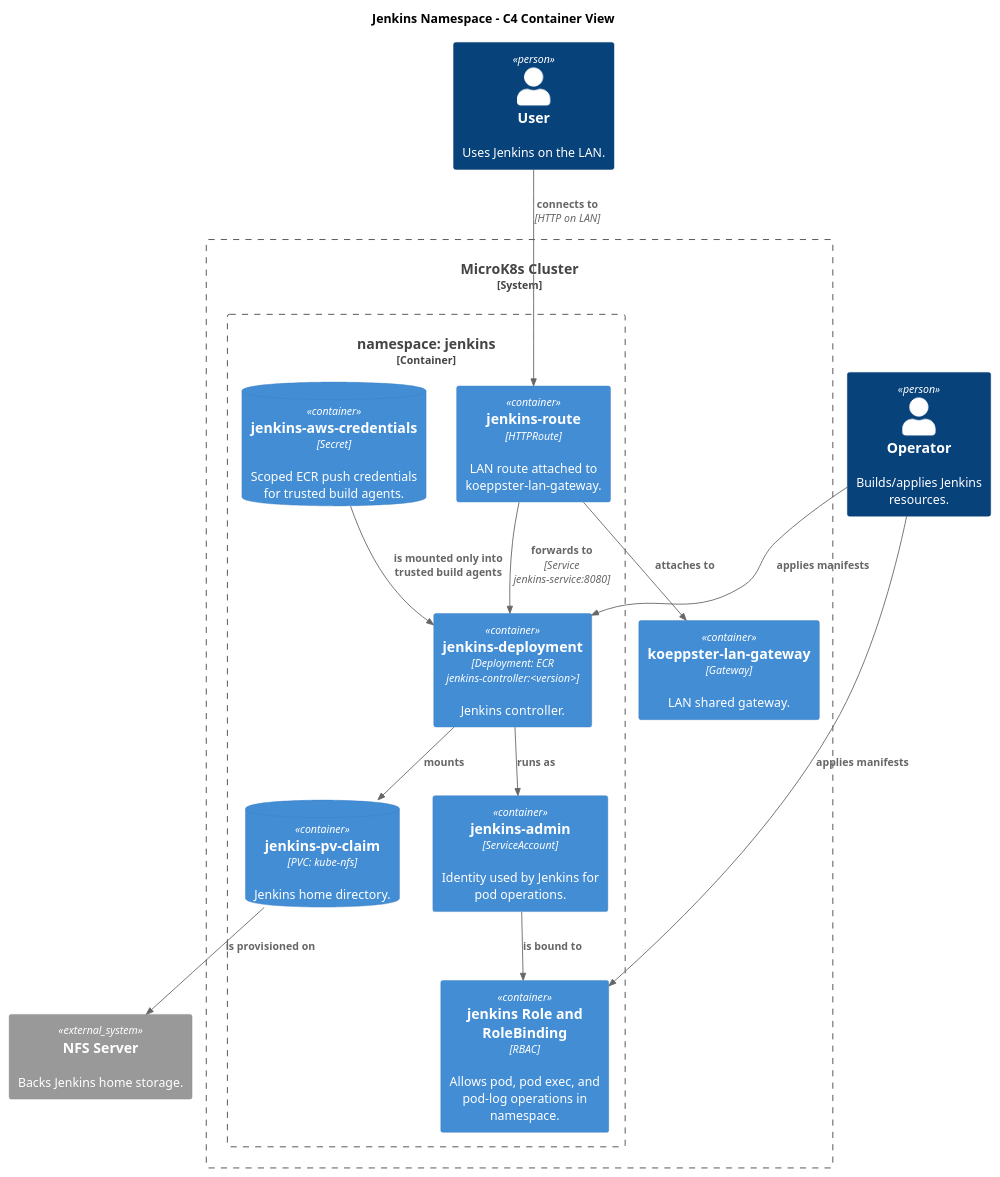
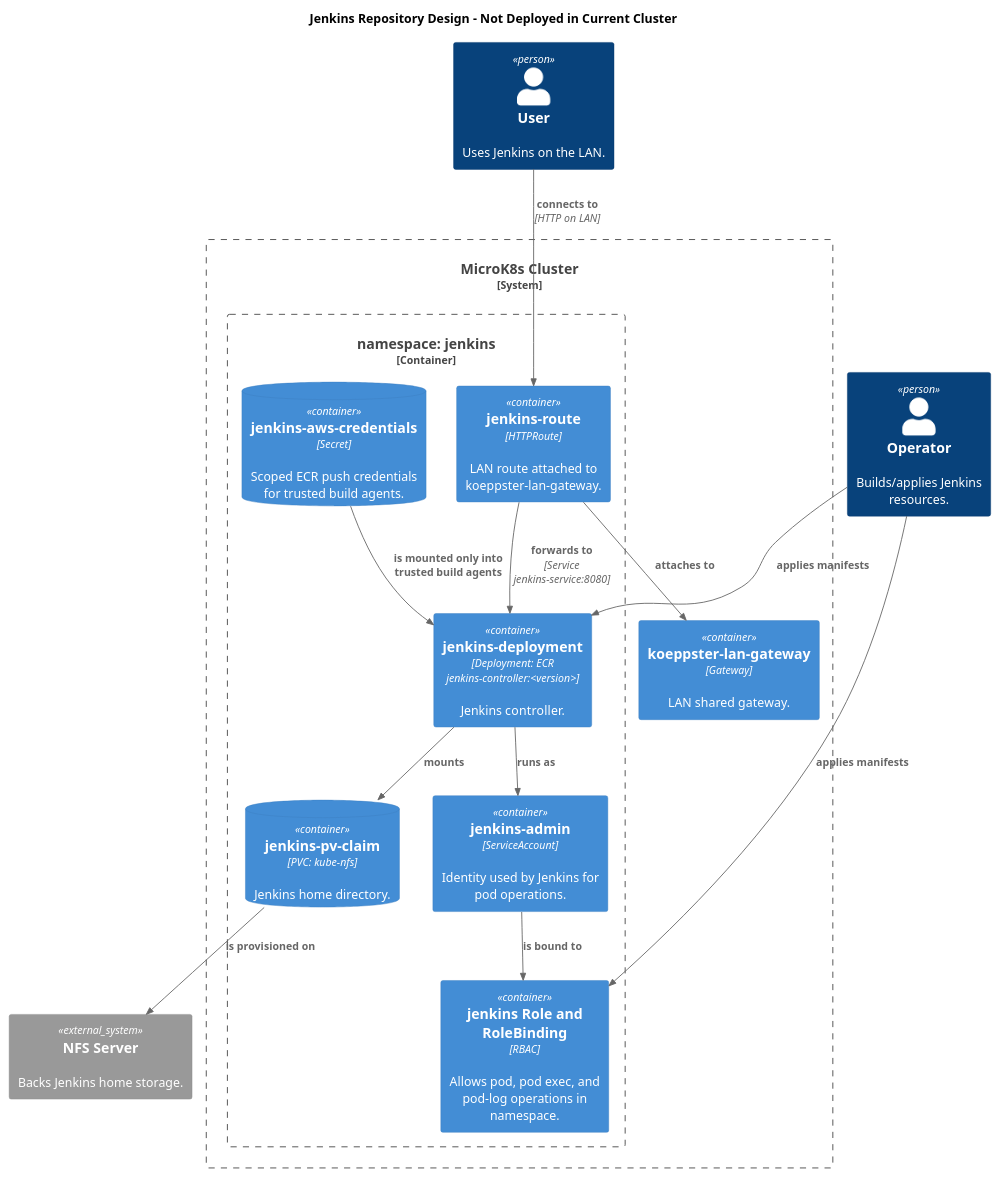
One commit to koeppj/kubernetes-sandbox changed the diagram in docs/c4/jenkins.puml. Above: the diagram before and after it, drawn with PlantUML. The commit also changed 11 other files, not shown here.

```diff
--- a/docs/c4/jenkins.puml
+++ b/docs/c4/jenkins.puml
@@ -1,35 +1,35 @@
 @startuml jenkins
 !includeurl https://raw.githubusercontent.com/plantuml-stdlib/C4-PlantUML/master/C4_Container.puml
 
-title Jenkins Namespace - C4 Container View
+title Jenkins Repository Design - Not Deployed in Current Cluster
 
 Person(user, "User", "Uses Jenkins on the LAN.")
 Person(operator, "Operator", "Builds/applies Jenkins resources.")
 
 System_Boundary(cluster, "MicroK8s Cluster") {
   Container_Boundary(ns, "namespace: jenkins") {
     Container(routeLan, "jenkins-route", "HTTPRoute", "LAN route attached to koeppster-lan-gateway.")
     Container(jenkins, "jenkins-deployment", "Deployment: ECR jenkins-controller:<version>", "Jenkins controller.")
     Container(sa, "jenkins-admin", "ServiceAccount", "Identity used by Jenkins for pod operations.")
     Container(rbac, "jenkins Role and RoleBinding", "RBAC", "Allows pod, pod exec, and pod-log operations in namespace.")
     ContainerDb(awsCredentials, "jenkins-aws-credentials", "Secret", "Scoped ECR push credentials for trusted build agents.")
     ContainerDb(homePvc, "jenkins-pv-claim", "PVC: kube-nfs", "Jenkins home directory.")
   }
 
   Container(lanGateway, "koeppster-lan-gateway", "Gateway", "LAN shared gateway.")
 }
 
 System_Ext(nfs, "NFS Server", "Backs Jenkins home storage.")
 
 Rel(user, routeLan, "connects to", "HTTP on LAN")
 Rel(routeLan, lanGateway, "attaches to")
 Rel(routeLan, jenkins, "forwards to", "Service jenkins-service:8080")
 Rel(jenkins, sa, "runs as")
 Rel(sa, rbac, "is bound to")
 Rel(awsCredentials, jenkins, "is mounted only into trusted build agents")
 Rel(jenkins, homePvc, "mounts")
 Rel(homePvc, nfs, "is provisioned on")
 Rel(operator, jenkins, "applies manifests")
 Rel(operator, rbac, "applies manifests")
 
 @enduml
```
